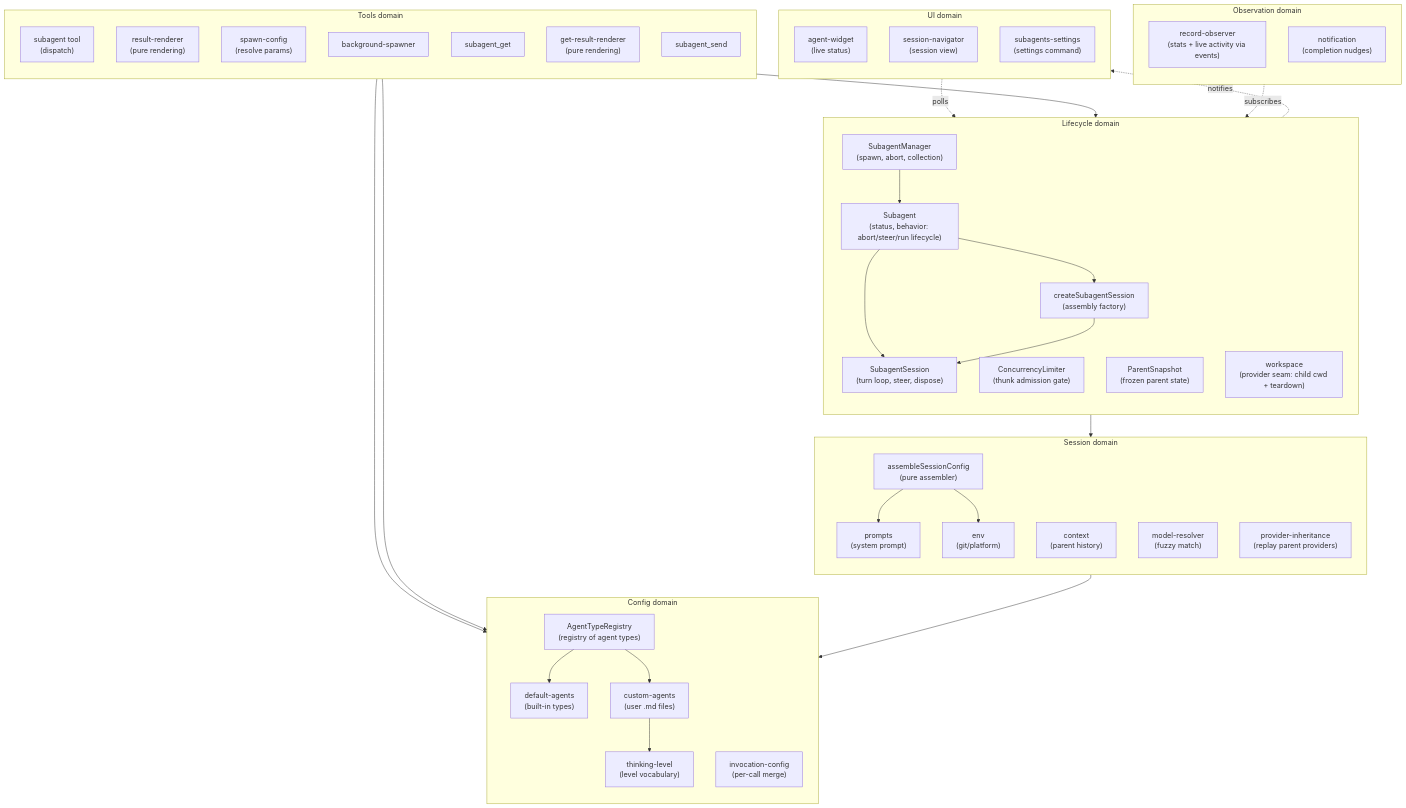
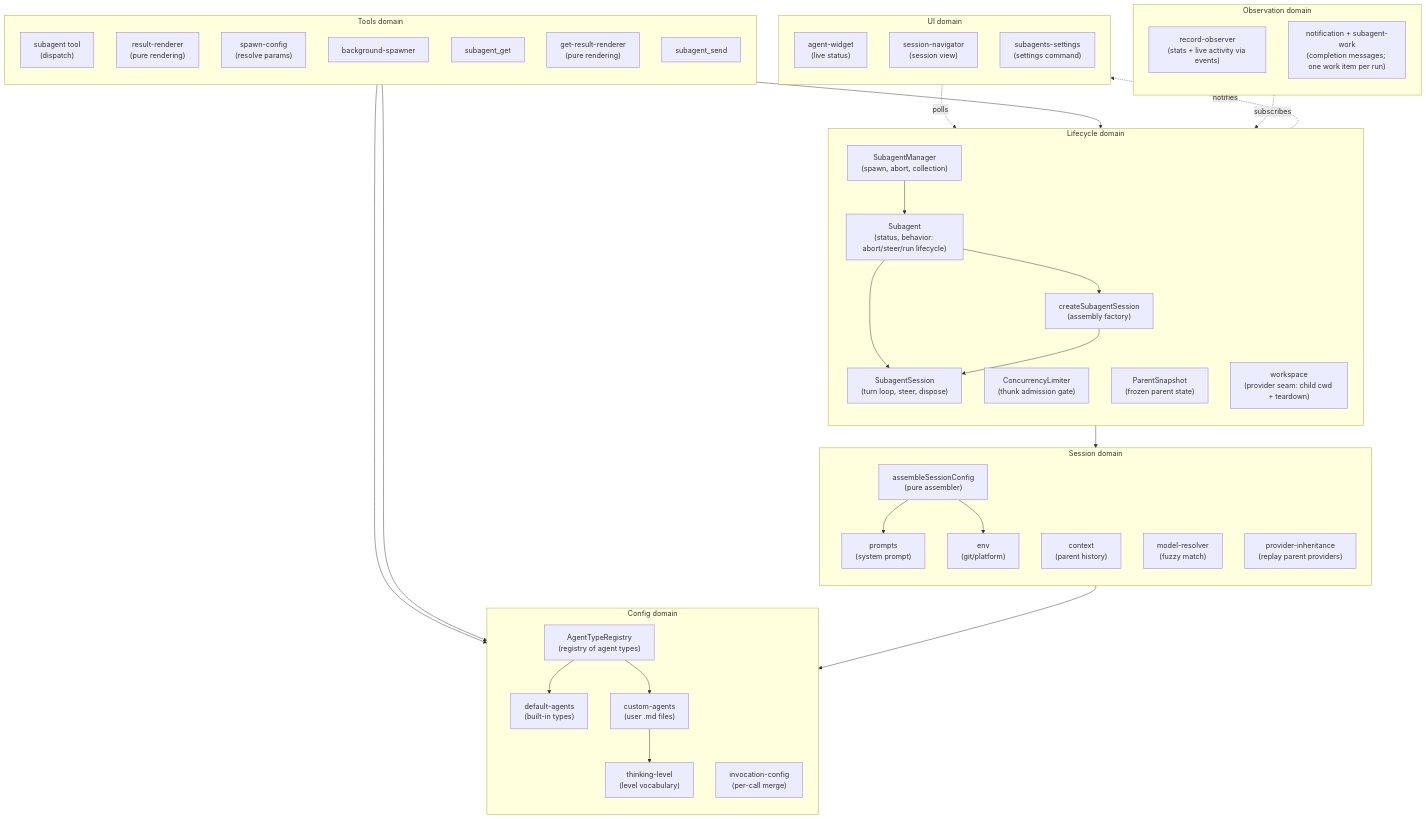
One commit to zacheryph/pi changed the first of 4 diagrams in extensions/pi-subagent/docs/architecture/architecture.md. Above: the diagram before and after it, drawn with Mermaid. The commit also changed other lines of this file and 15 other files, not shown here.

First line of the commit message:
Make pi-subagent a work producer for its spawner

````diff
--- a/extensions/pi-subagent/docs/architecture/architecture.md
+++ b/extensions/pi-subagent/docs/architecture/architecture.md
@@ -65,70 +65,70 @@
 ```mermaid
 flowchart TB
     subgraph config["Config domain"]
         direction TB
         AgentTypeRegistry["AgentTypeRegistry<br/>(registry of agent types)"]
         DefaultAgents["default-agents<br/>(built-in types)"]
         CustomAgents["custom-agents<br/>(user .md files)"]
         InvocationConfig["invocation-config<br/>(per-call merge)"]
         ThinkingLevelModule["thinking-level<br/>(level vocabulary)"]
     end
 
     subgraph session["Session domain"]
         direction TB
         SessionConfig["assembleSessionConfig<br/>(pure assembler)"]
         Prompts["prompts<br/>(system prompt)"]
         Context["context<br/>(parent history)"]
         Env["env<br/>(git/platform)"]
         ModelResolver["model-resolver<br/>(fuzzy match)"]
         ProviderInheritance["provider-inheritance<br/>(replay parent providers)"]
     end
 
     subgraph lifecycle["Lifecycle domain"]
         direction TB
         SubagentManager["SubagentManager<br/>(spawn, abort, collection)"]
         ConcurrencyLimiter["ConcurrencyLimiter<br/>(thunk admission gate)"]
         CreateSubagentSession["createSubagentSession<br/>(assembly factory)"]
         SubagentSession["SubagentSession<br/>(turn loop, steer, dispose)"]
         Subagent["Subagent<br/>(status, behavior: abort/steer/run lifecycle)"]
         ParentSnapshot["ParentSnapshot<br/>(frozen parent state)"]
         Workspace["workspace<br/>(provider seam: child cwd + teardown)"]
     end
 
     subgraph observation["Observation domain"]
         direction TB
         RecordObserver["record-observer<br/>(stats + live activity via events)"]
-        Notification["notification<br/>(completion nudges)"]
+        Notification["notification + subagent-work<br/>(completion messages; one work item per run)"]
     end
 
     subgraph tools["Tools domain"]
         direction TB
         AgentTool["subagent tool<br/>(dispatch)"]
         ResultRenderer["result-renderer<br/>(pure rendering)"]
         SpawnConfig["spawn-config<br/>(resolve params)"]
         BgSpawner["background-spawner"]
         GetResult["subagent_get"]
         GetResultRenderer["get-result-renderer<br/>(pure rendering)"]
         Send["subagent_send"]
     end
 
     subgraph ui["UI domain"]
         direction TB
         Widget["agent-widget<br/>(live status)"]
         Sessions["session-navigator<br/>(session view)"]
         Settings["subagents-settings<br/>(settings command)"]
     end
 
     AgentTool --> SubagentManager
     SubagentManager --> Subagent
     Subagent --> CreateSubagentSession & SubagentSession
     CreateSubagentSession --> SubagentSession
     CreateSubagentSession --> SessionConfig
     SessionConfig --> AgentTypeRegistry
     SessionConfig --> Prompts & Env
     AgentTypeRegistry --> DefaultAgents & CustomAgents
     SpawnConfig --> InvocationConfig & ThinkingLevelModule
     CustomAgents --> ThinkingLevelModule
     RecordObserver -.->|subscribes| SubagentSession
     Widget -.->|polls| SubagentManager
     SubagentManager -.->|notifies| Widget
 ```
````
